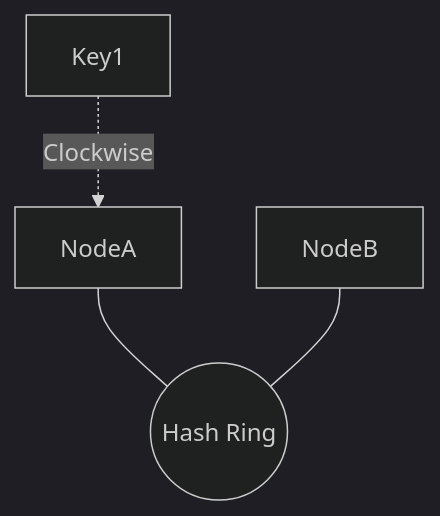
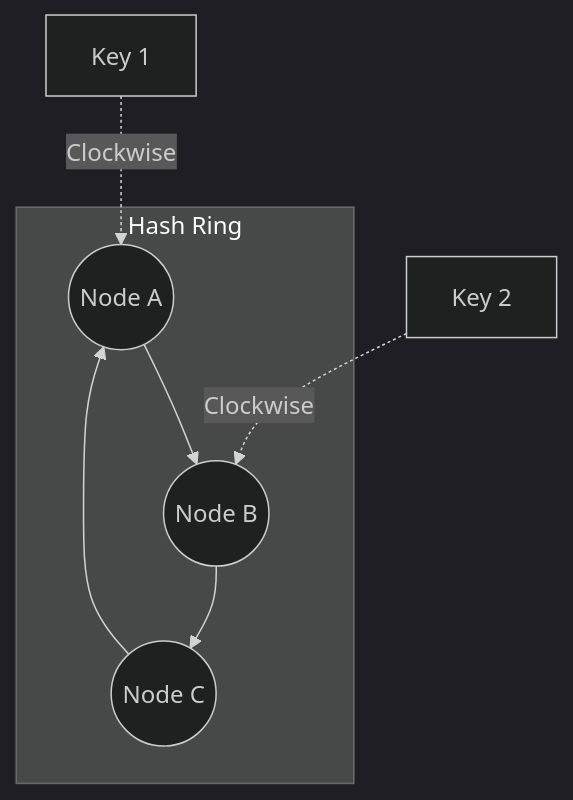
The eighth of 8 diagrams in interview_questions_visualized.md (nihalgbailur/Gen_AI_100_questions), drawn with Mermaid (dark theme) before and after one commit. The commit also changed other lines of this file, not shown here.

````diff
--- a/interview_questions_visualized.md
+++ b/interview_questions_visualized.md
@@ -187,7 +569,10 @@
 ```mermaid
 graph TD
-    Ring((Hash Ring))
-    NodeA --- Ring
-    NodeB --- Ring
-    Key1 -.->|Clockwise| NodeA
+    subgraph "Hash Ring"
+        A((Node A)) --> B((Node B))
+        B --> C((Node C))
+        C --> A
+    end
+    Key1[Key 1] -.->|Clockwise| A
+    Key2[Key 2] -.->|Clockwise| B
 ```
````
